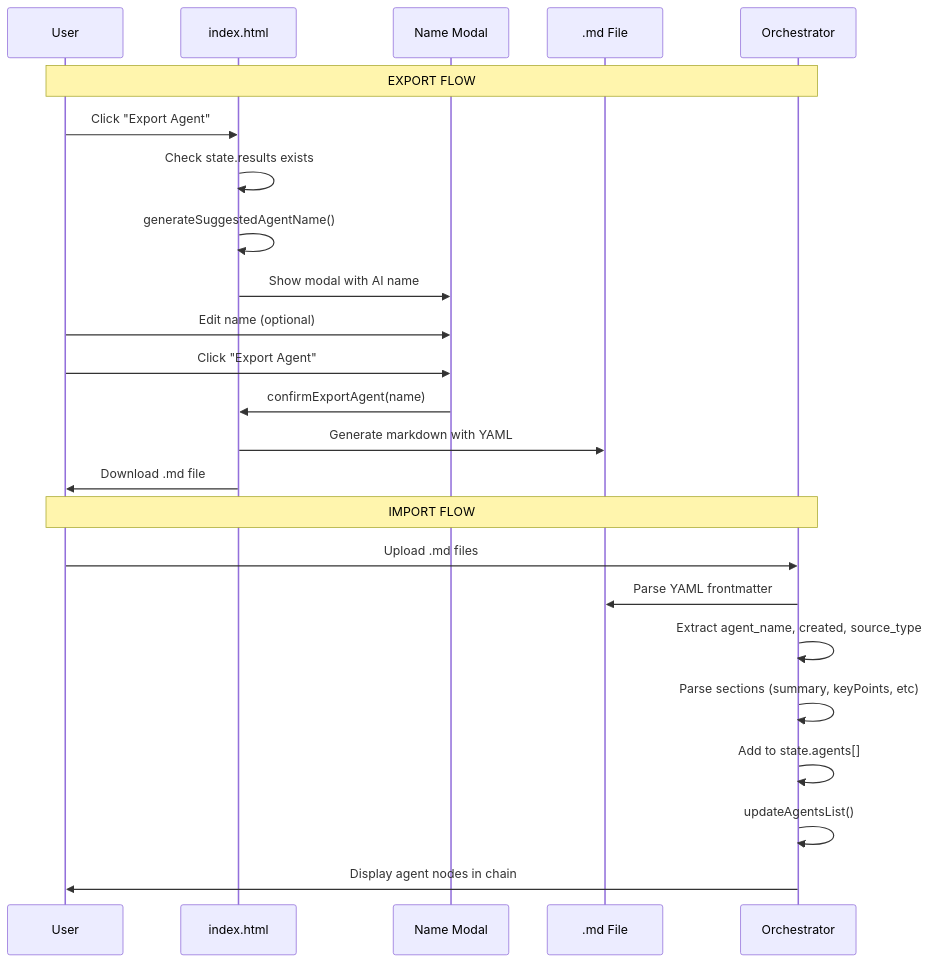
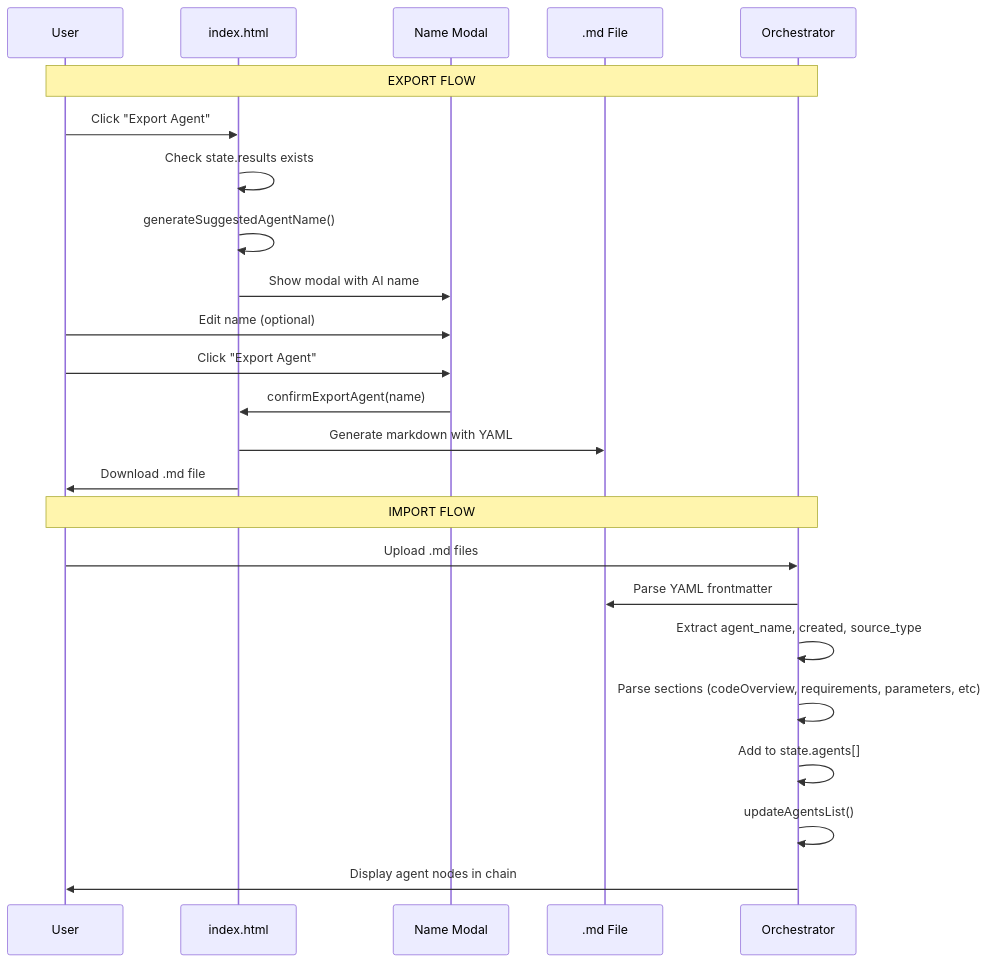
The eighth of 8 diagrams in CLAUDE.md (mjamiv/design-code-agent), drawn with Mermaid before and after one commit. The commit also changed other lines of this file and 13 other files, not shown here.

Commit message:
Align REPL docs with design code schema

````diff
--- a/CLAUDE.md
+++ b/CLAUDE.md
@@ -621,28 +623,28 @@
 ```mermaid
 sequenceDiagram
     participant User
     participant App as index.html
     participant Modal as Name Modal
     participant File as .md File
     participant Orch as Orchestrator
 
     Note over User,Orch: EXPORT FLOW
     User->>App: Click "Export Agent"
     App->>App: Check state.results exists
     App->>App: generateSuggestedAgentName()
     App->>Modal: Show modal with AI name
     User->>Modal: Edit name (optional)
     User->>Modal: Click "Export Agent"
     Modal->>App: confirmExportAgent(name)
     App->>File: Generate markdown with YAML
     App->>User: Download .md file
 
     Note over User,Orch: IMPORT FLOW
     User->>Orch: Upload .md files
     Orch->>File: Parse YAML frontmatter
     Orch->>Orch: Extract agent_name, created, source_type
-    Orch->>Orch: Parse sections (summary, keyPoints, etc)
+    Orch->>Orch: Parse sections (codeOverview, requirements, parameters, etc)
     Orch->>Orch: Add to state.agents[]
     Orch->>Orch: updateAgentsList()
     Orch->>User: Display agent nodes in chain
 ```
````
